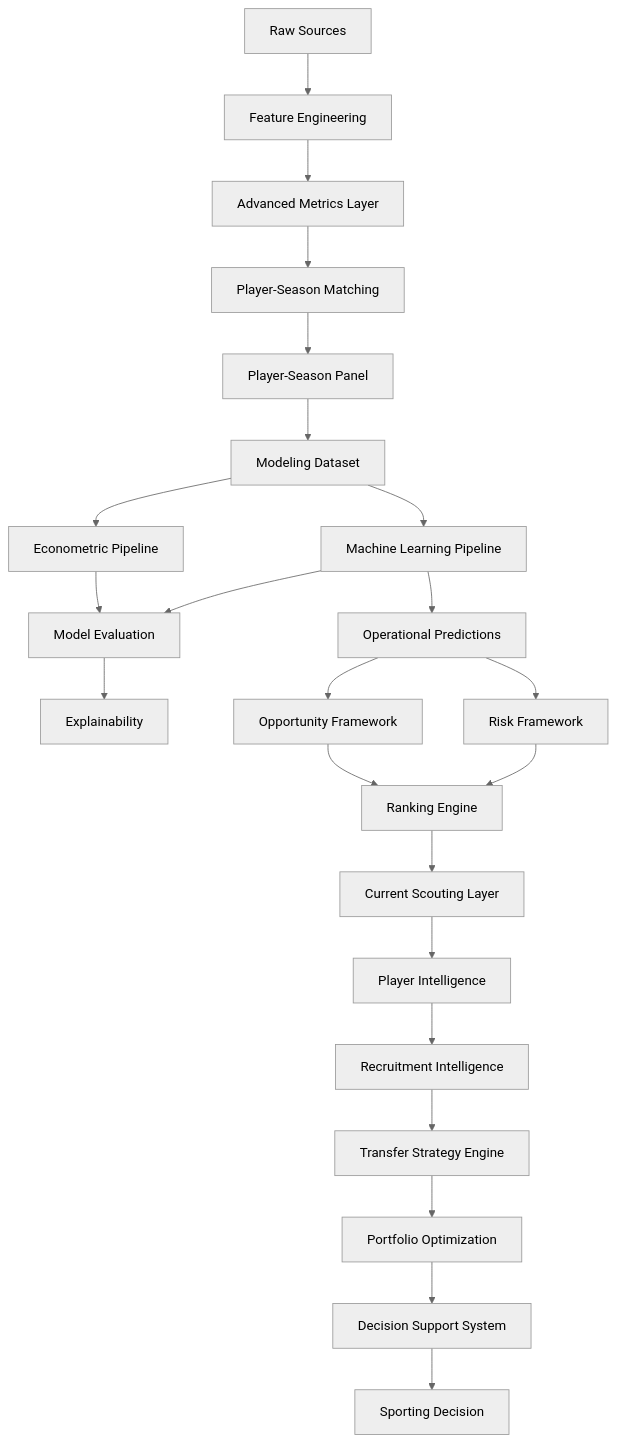
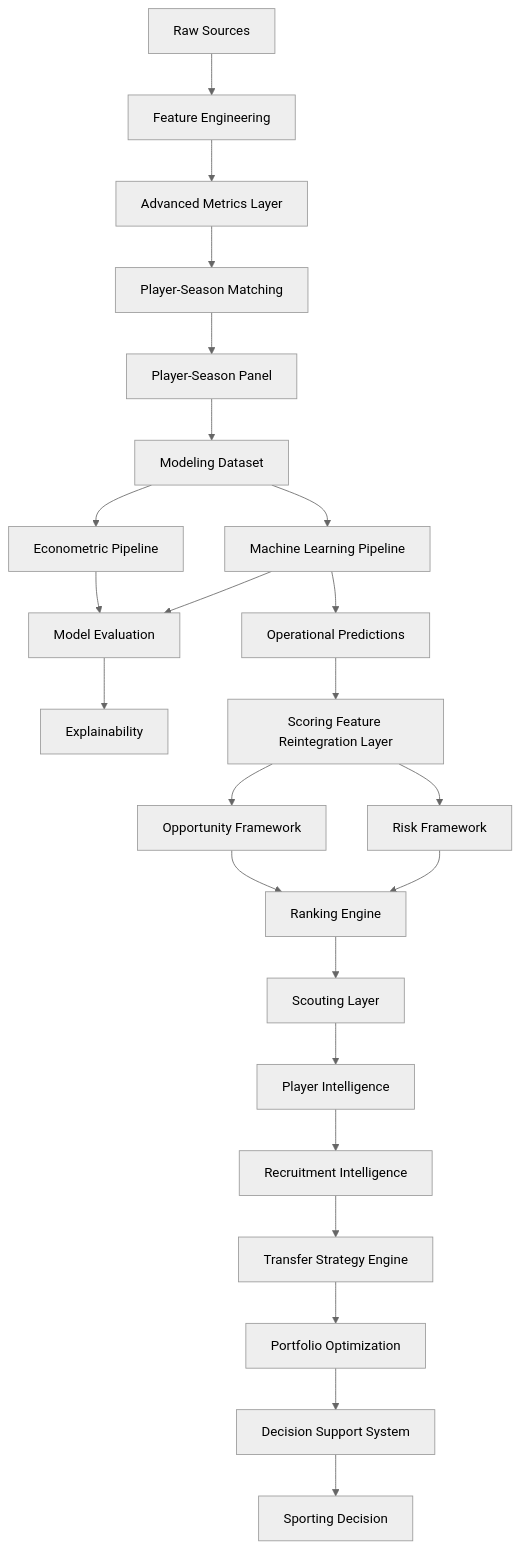
Before and after one commit to manuelpeba/market-value-football-tfm: the diagram in docs/architecture.md, drawn with Mermaid (neutral theme). The commit also changed other lines of this file and 5 other files, not shown here.

````diff
--- a/docs/architecture.md
+++ b/docs/architecture.md
@@ -83,44 +87,46 @@
 ```mermaid
 flowchart TD
 
 A[Raw Sources]
 --> B[Feature Engineering]
 
 B --> C[Advanced Metrics Layer]
 
 C --> D[Player-Season Matching]
 
 D --> E[Player-Season Panel]
 
 E --> F[Modeling Dataset]
 
 F --> G[Econometric Pipeline]
 F --> H[Machine Learning Pipeline]
 
 G --> I[Model Evaluation]
 H --> I
 
 I --> J[Explainability]
 
 H --> K[Operational Predictions]
 
-K --> L[Opportunity Framework]
-K --> M[Risk Framework]
+K --> L[Scoring Feature Reintegration Layer]
 
-L --> N[Ranking Engine]
-M --> N
+L --> M[Opportunity Framework]
+L --> N[Risk Framework]
 
-N --> O[Current Scouting Layer]
+M --> O[Ranking Engine]
+N --> O
 
-O --> P[Player Intelligence]
+O --> P[Scouting Layer]
 
-P --> Q[Recruitment Intelligence]
+P --> Q[Player Intelligence]
 
-Q --> R[Transfer Strategy Engine]
+Q --> R[Recruitment Intelligence]
 
-R --> S[Portfolio Optimization]
+R --> S[Transfer Strategy Engine]
 
-S --> T[Decision Support System]
+S --> T[Portfolio Optimization]
 
-T --> U[Sporting Decision]
+T --> U[Decision Support System]
+
+U --> V[Sporting Decision]
 ```
````
